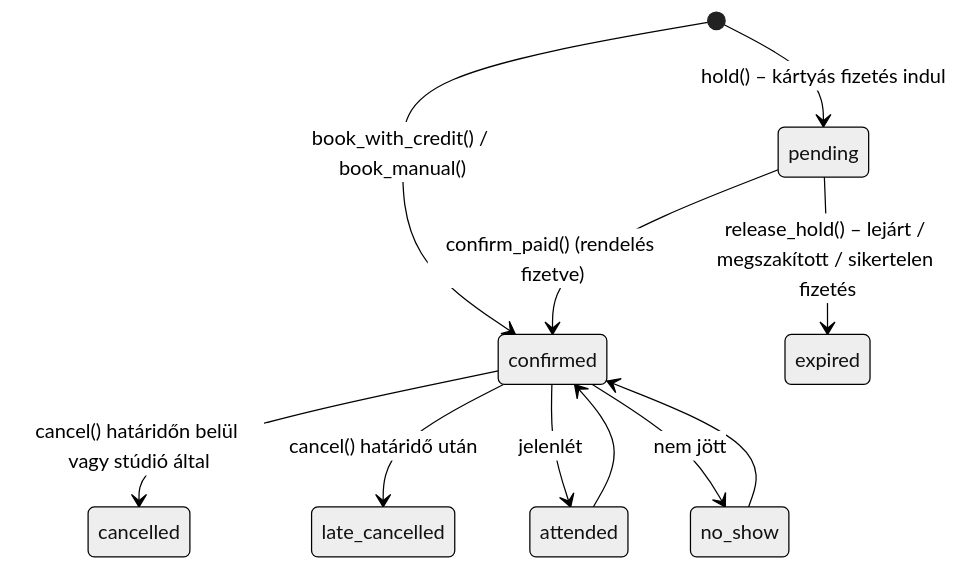
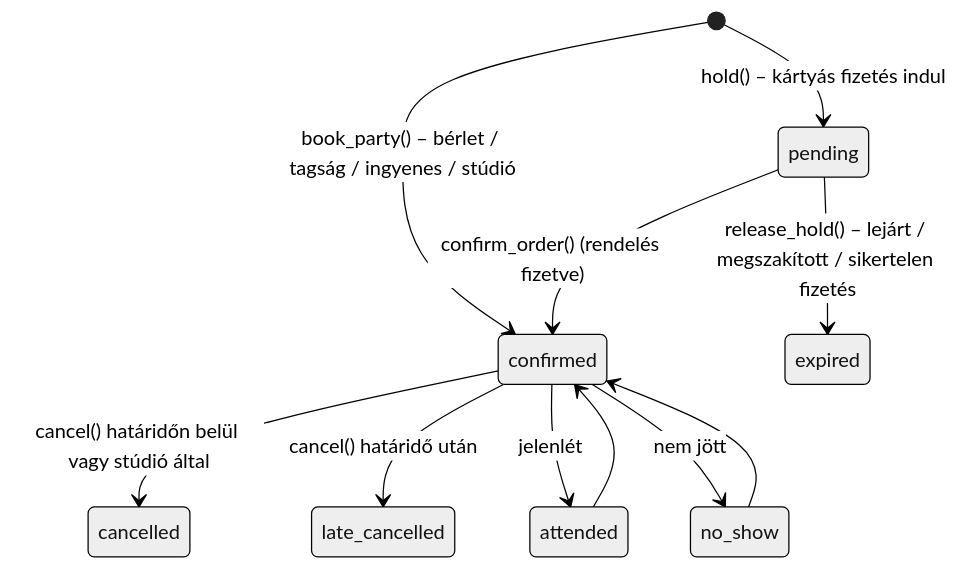
One commit to aronritok-sketch/oliv changed the second of 6 diagrams in wordpress/DEVELOPER.md. Above: the diagram before and after it, drawn with Mermaid (neutral theme). The commit also changed other lines of this file and 4 other files, not shown here.

````diff
--- a/wordpress/DEVELOPER.md
+++ b/wordpress/DEVELOPER.md
@@ -316,13 +344,13 @@
 ```mermaid
 stateDiagram-v2
   [*] --> pending: hold() – kártyás fizetés indul
-  [*] --> confirmed: book_with_credit() / book_manual()
-  pending --> confirmed: confirm_paid() (rendelés fizetve)
+  [*] --> confirmed: book_party() – bérlet / tagság / ingyenes / stúdió
+  pending --> confirmed: confirm_order() (rendelés fizetve)
   pending --> expired: release_hold() – lejárt / megszakított / sikertelen fizetés
   confirmed --> cancelled: cancel() határidőn belül vagy stúdió által
   confirmed --> late_cancelled: cancel() határidő után
   confirmed --> attended: jelenlét
   confirmed --> no_show: nem jött
   attended --> confirmed
   no_show --> confirmed
 ```
````
